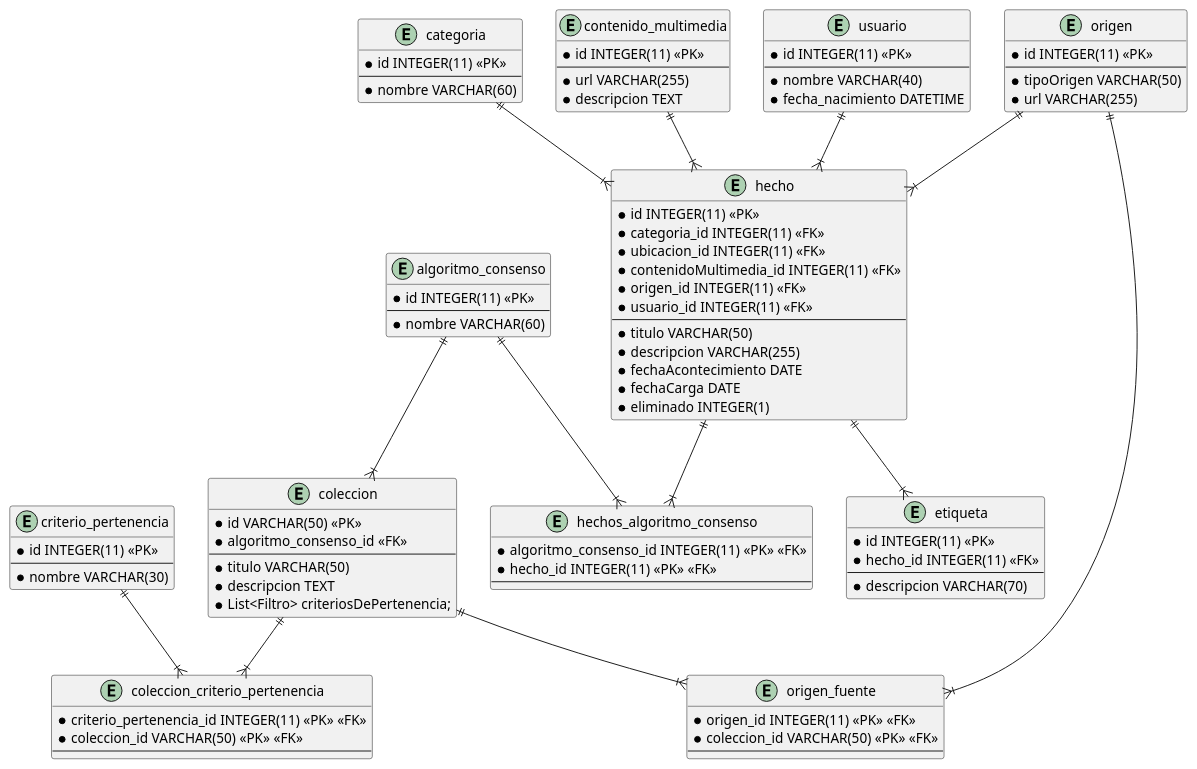
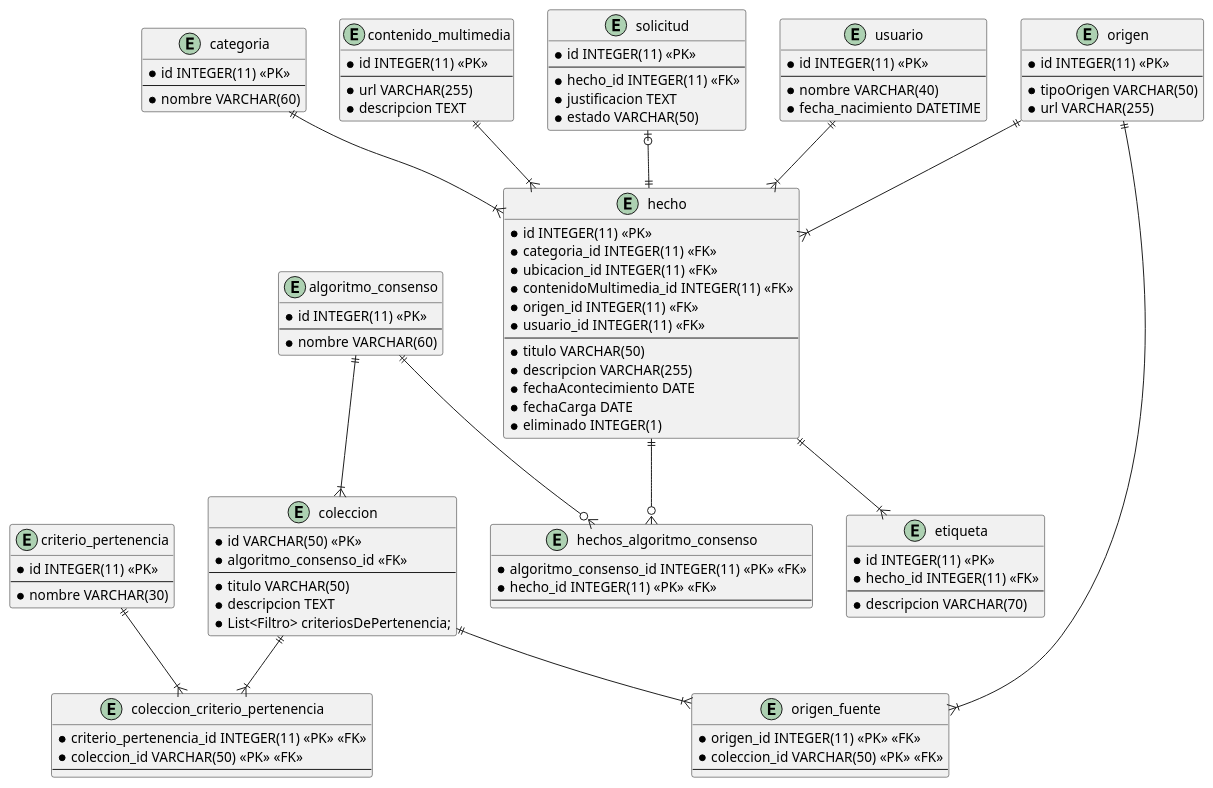
Before and after one commit to valenap-utn/metamapa-utn-2025: the diagram in entregables/entrega-4/modelosDeDatos/servicioAgregadorDER.puml, drawn with PlantUML. The commit also changed 20 other files, not shown here.

```diff
--- a/entregables/entrega-4/modelosDeDatos/servicioAgregadorDER.puml
+++ b/entregables/entrega-4/modelosDeDatos/servicioAgregadorDER.puml
@@ -1,111 +1,121 @@
 @startuml
 'https://plantuml.com/class-diagram
 
 entity hecho {
     * id INTEGER(11) <<PK>>
     * categoria_id INTEGER(11) <<FK>>
     * ubicacion_id INTEGER(11) <<FK>>
     * contenidoMultimedia_id INTEGER(11) <<FK>>
     * origen_id INTEGER(11) <<FK>>
     * usuario_id INTEGER(11) <<FK>>
     --
     * titulo VARCHAR(50)
     * descripcion VARCHAR(255)
     * fechaAcontecimiento DATE
     * fechaCarga DATE
     * eliminado INTEGER(1)
 }
 
 entity etiqueta {
     * id INTEGER(11) <<PK>>
     * hecho_id INTEGER(11) <<FK>>
     --
     * descripcion VARCHAR(70)
 }
 
 
 entity usuario {
     * id INTEGER(11) <<PK>>
     --
     * nombre VARCHAR(40)
     * fecha_nacimiento DATETIME
 }
 
 
 
 entity hechos_algoritmo_consenso {
     * algoritmo_consenso_id INTEGER(11) <<PK>> <<FK>>
     * hecho_id INTEGER(11) <<PK>> <<FK>>
     --
 }
 
 
 
 entity algoritmo_consenso {
     * id INTEGER(11) <<PK>>
     --
     * nombre VARCHAR(60)
 }
 
 entity categoria {
     * id INTEGER(11) <<PK>>
     --
     * nombre VARCHAR(60)
 }
 
 entity origen{
     * id INTEGER(11) <<PK>>
     --
     * tipoOrigen VARCHAR(50)
     * url VARCHAR(255)
 }
 
 entity coleccion {
     * id VARCHAR(50) <<PK>>
     * algoritmo_consenso_id <<FK>>
     --
     * titulo VARCHAR(50)
     * descripcion TEXT
     * List<Filtro> criteriosDePertenencia;
 }
 
 entity coleccion_criterio_pertenencia {
     * criterio_pertenencia_id INTEGER(11) <<PK>> <<FK>>
     * coleccion_id VARCHAR(50) <<PK>> <<FK>>
     --
 }
 
 entity criterio_pertenencia {
     * id INTEGER(11) <<PK>>
     --
     * nombre VARCHAR(30)
 }
 
 
 
 entity origen_fuente {
     * origen_id INTEGER(11) <<PK>> <<FK>>
     * coleccion_id VARCHAR(50) <<PK>> <<FK>>
     --
 }
 
 entity contenido_multimedia {
     * id INTEGER(11) <<PK>>
     --
     * url VARCHAR(255)
     * descripcion TEXT
 }
 
 usuario ||--|{ hecho
 hecho ||--|{ etiqueta
 categoria ||--|{ hecho
 origen ||--|{ hecho
-hecho ||--|{ hechos_algoritmo_consenso
-algoritmo_consenso ||--|{ hechos_algoritmo_consenso
+hecho ||--o{ hechos_algoritmo_consenso
+algoritmo_consenso ||--o{ hechos_algoritmo_consenso
 coleccion ||--|{ origen_fuente
 origen ||--|{ origen_fuente
 coleccion ||--|{ coleccion_criterio_pertenencia
 criterio_pertenencia ||--|{ coleccion_criterio_pertenencia
 algoritmo_consenso ||--|{ coleccion
 contenido_multimedia ||--|{ hecho
+
+entity solicitud {
+    * id INTEGER(11) <<PK>>
+    --
+    * hecho_id INTEGER(11) <<FK>>
+    * justificacion TEXT
+    * estado VARCHAR(50)
+}
+
+solicitud |o--|| hecho
 @enduml
```
